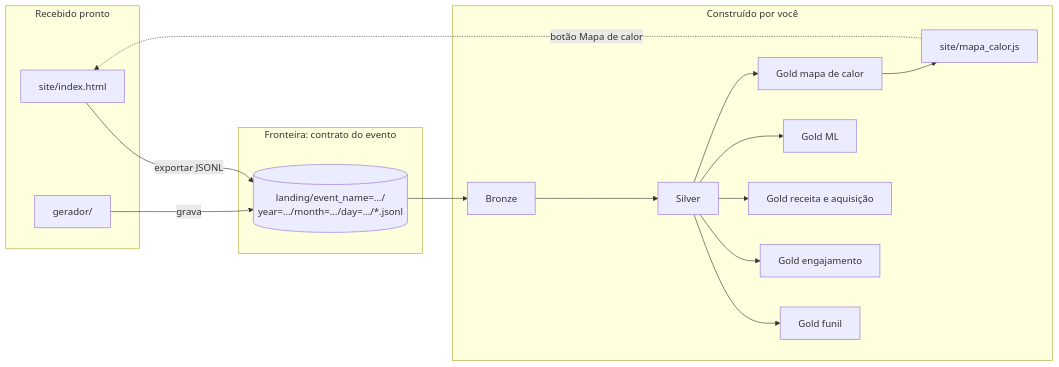
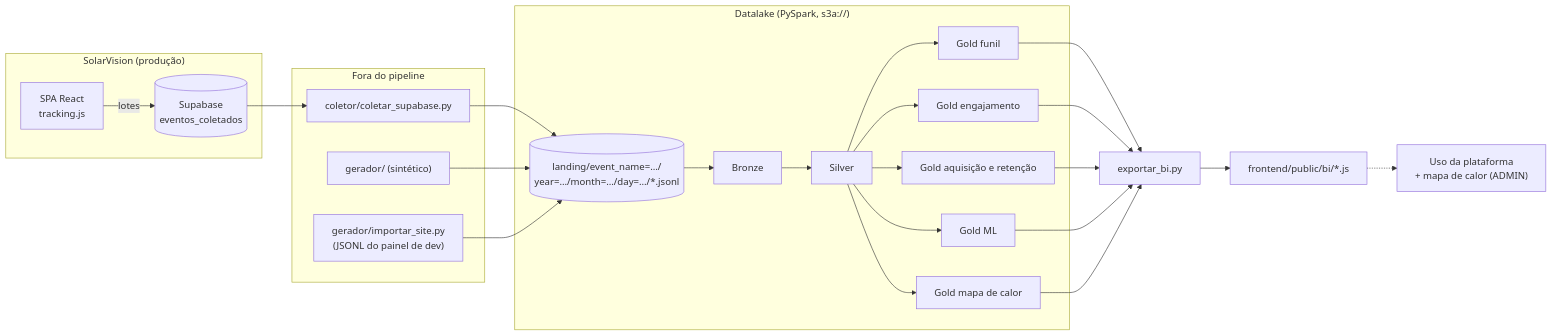
The second of 2 diagrams in datalake/docs/ENUNCIADO.md (danieltanjos/SolarVision), drawn with Mermaid before and after one commit. The commit also changed other lines of this file and 2 other files, not shown here.

First line of the commit message:
docs(datalake): enunciado e contrato de eventos do SolarVision

````diff
--- a/datalake/docs/ENUNCIADO.md
+++ b/datalake/docs/ENUNCIADO.md
@@ -131,23 +63,26 @@
 ```mermaid
 flowchart LR
-    subgraph PRONTO["Recebido pronto"]
-        site["site/index.html"]
-        ger["gerador/"]
+    subgraph APP["SolarVision (produção)"]
+        spa["SPA React<br/>tracking.js"] -->|lotes| tab[("Supabase<br/>eventos_coletados")]
     end
-    subgraph LAND["Fronteira: contrato do evento"]
-        landing[("landing/event_name=…/<br/>year=…/month=…/day=…/*.jsonl")]
+    subgraph FORA["Fora do pipeline"]
+        col["coletor/coletar_supabase.py"]
+        ger["gerador/ (sintético)"]
+        imp["gerador/importar_site.py<br/>(JSONL do painel de dev)"]
     end
-    subgraph SEU["Construído por você"]
-        bronze["Bronze"] --> silver["Silver"]
+    tab --> col
+    col --> landing[("landing/event_name=…/<br/>year=…/month=…/day=…/*.jsonl")]
+    ger --> landing
+    imp --> landing
+    subgraph DL["Datalake (PySpark, s3a://)"]
+        landing --> bronze["Bronze"] --> silver["Silver"]
         silver --> g1["Gold funil"]
         silver --> g2["Gold engajamento"]
-        silver --> g3["Gold receita e aquisição"]
+        silver --> g3["Gold aquisição e retenção"]
         silver --> g4["Gold ML"]
         silver --> g5["Gold mapa de calor"]
-        g5 --> js["site/mapa_calor.js"]
     end
-    site -->|exportar JSONL| landing
-    ger -->|grava| landing
-    landing --> bronze
-    js -.->|botão Mapa de calor| site
+    g1 & g2 & g3 & g4 & g5 --> exp["exportar_bi.py"]
+    exp --> bi["frontend/public/bi/*.js"]
+    bi -.-> painel["Uso da plataforma<br/>+ mapa de calor (ADMIN)"]
 ```
````
